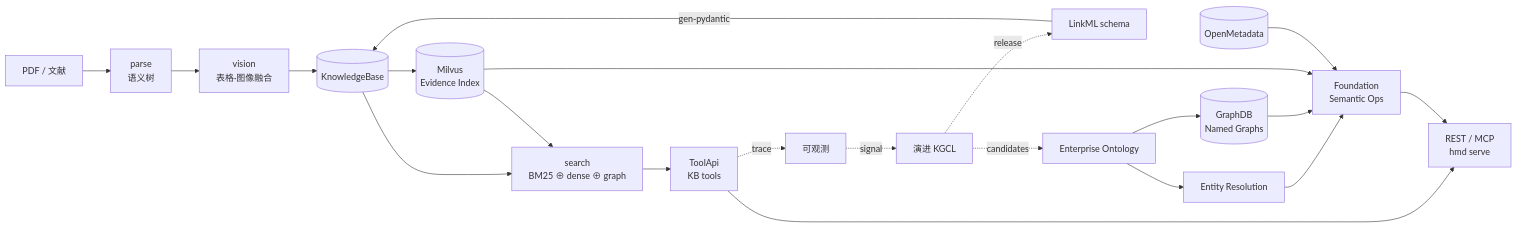
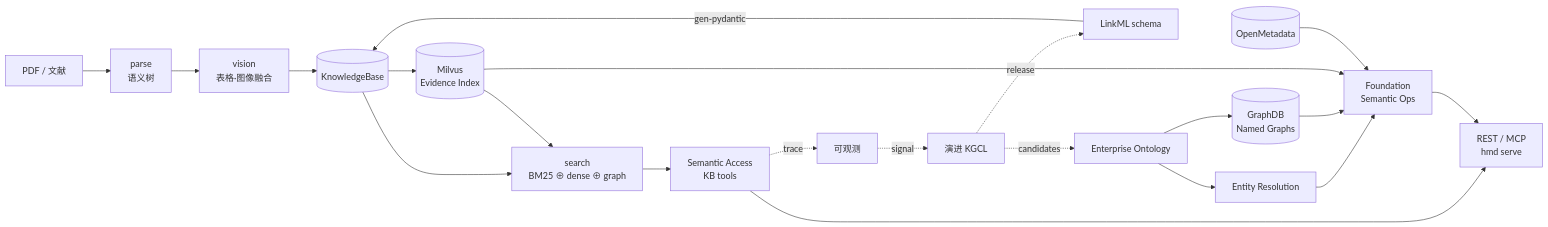
Before and after one commit to zhiweio/biomed-ontology: the diagram in README.md, drawn with Mermaid. The commit also changed other lines of this file and 24 other files, not shown here.

First line of the commit message:
refactor: rename all references from semantic tool api to semantic access

````diff
--- a/README.md
+++ b/README.md
@@ -159,23 +192,23 @@
 ```mermaid
 flowchart LR
     PDF[PDF / 文献] --> P[parse<br/>语义树]
     P --> V[vision<br/>表格·图像融合]
     V --> KB[(KnowledgeBase)]
     ONT[LinkML schema] -->|gen-pydantic| KB
     KB --> S[search<br/>BM25 ⊕ dense ⊕ graph]
     KB --> M[(Milvus<br/>Evidence Index)]
     M --> S
-    S --> API[ToolApi<br/>KB tools]
+    S --> API[Semantic Access<br/>KB tools]
     ENT[Enterprise Ontology] --> GDB[(GraphDB<br/>Named Graphs)]
     ENT --> RES[Entity Resolution]
     RES --> FAPI[Foundation<br/>Semantic Ops]
     GDB --> FAPI
     M --> FAPI
     OM[(OpenMetadata)] --> FAPI
     API --> SAL[REST / MCP<br/>hmd serve]
     FAPI --> SAL
     API -.trace.-> OBS[可观测]
     OBS -.signal.-> EVO[演进 KGCL]
     EVO -.release.-> ONT
     EVO -.candidates.-> ENT
 ```
````
